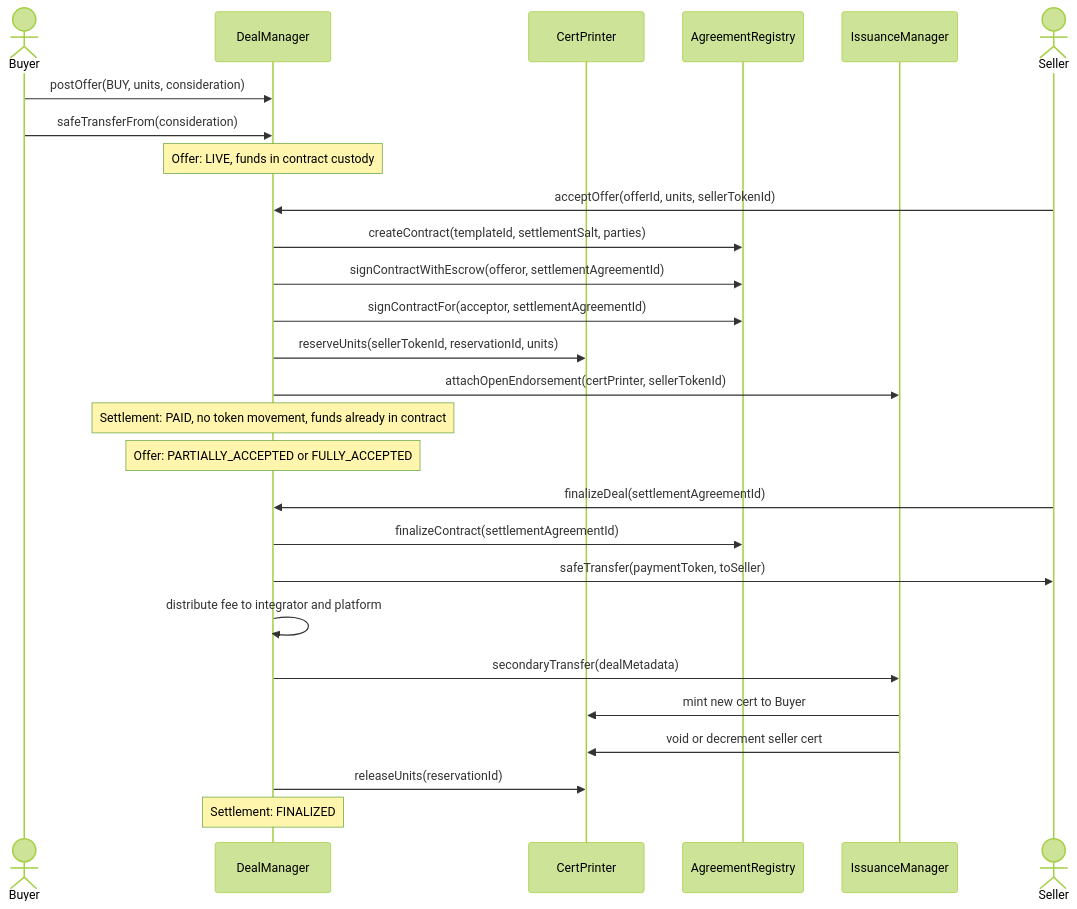
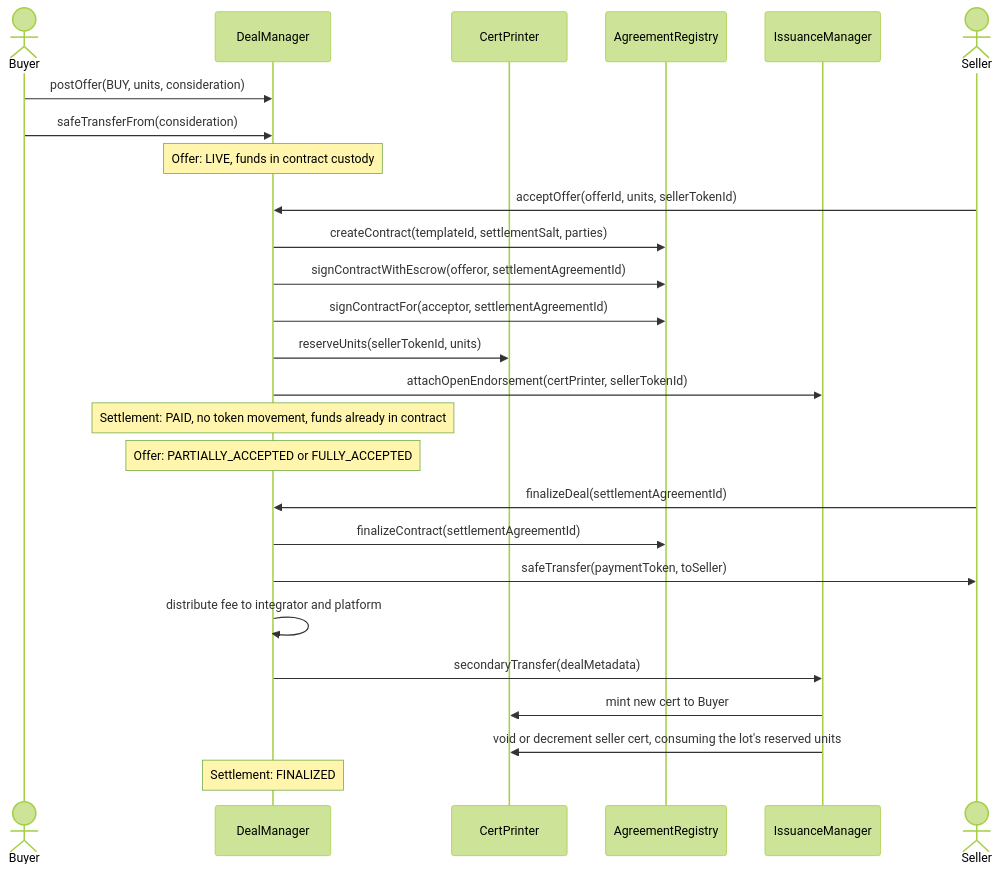
The fourth of 6 diagrams in specs/analysis/dealManager secondary trades.md (MetaLex-Tech/cybercorps-contracts), drawn with Mermaid (forest theme) before and after one commit. The commit also changed other lines of this file and 4 other files, not shown here.

````diff
--- a/specs/analysis/dealManager secondary trades.md
+++ b/specs/analysis/dealManager secondary trades.md
@@ -130,29 +155,28 @@
 ```mermaid
 sequenceDiagram
     actor Buyer
     participant DM as DealManager
     participant Cert as CertPrinter
     participant Registry as AgreementRegistry
     participant IM as IssuanceManager
     actor Seller
     Buyer ->> DM: postOffer(BUY, units, consideration)
     Buyer ->> DM: safeTransferFrom(consideration)
     Note over DM: Offer: LIVE, funds in contract custody
     Seller ->> DM: acceptOffer(offerId, units, sellerTokenId)
     DM ->> Registry: createContract(templateId, settlementSalt, parties)
     DM ->> Registry: signContractWithEscrow(offeror, settlementAgreementId)
     DM ->> Registry: signContractFor(acceptor, settlementAgreementId)
-    DM ->> Cert: reserveUnits(sellerTokenId, reservationId, units)
+    DM ->> Cert: reserveUnits(sellerTokenId, units)
     DM ->> IM: attachOpenEndorsement(certPrinter, sellerTokenId)
     Note over DM: Settlement: PAID, no token movement, funds already in contract
     Note over DM: Offer: PARTIALLY_ACCEPTED or FULLY_ACCEPTED
     Seller ->> DM: finalizeDeal(settlementAgreementId)
     DM ->> Registry: finalizeContract(settlementAgreementId)
     DM ->> Seller: safeTransfer(paymentToken, toSeller)
     DM ->> DM: distribute fee to integrator and platform
     DM ->> IM: secondaryTransfer(dealMetadata)
     IM ->> Cert: mint new cert to Buyer
-    IM ->> Cert: void or decrement seller cert
-    DM ->> Cert: releaseUnits(reservationId)
+    IM ->> Cert: void or decrement seller cert, consuming the lot's reserved units
     Note over DM: Settlement: FINALIZED
 ```
````
